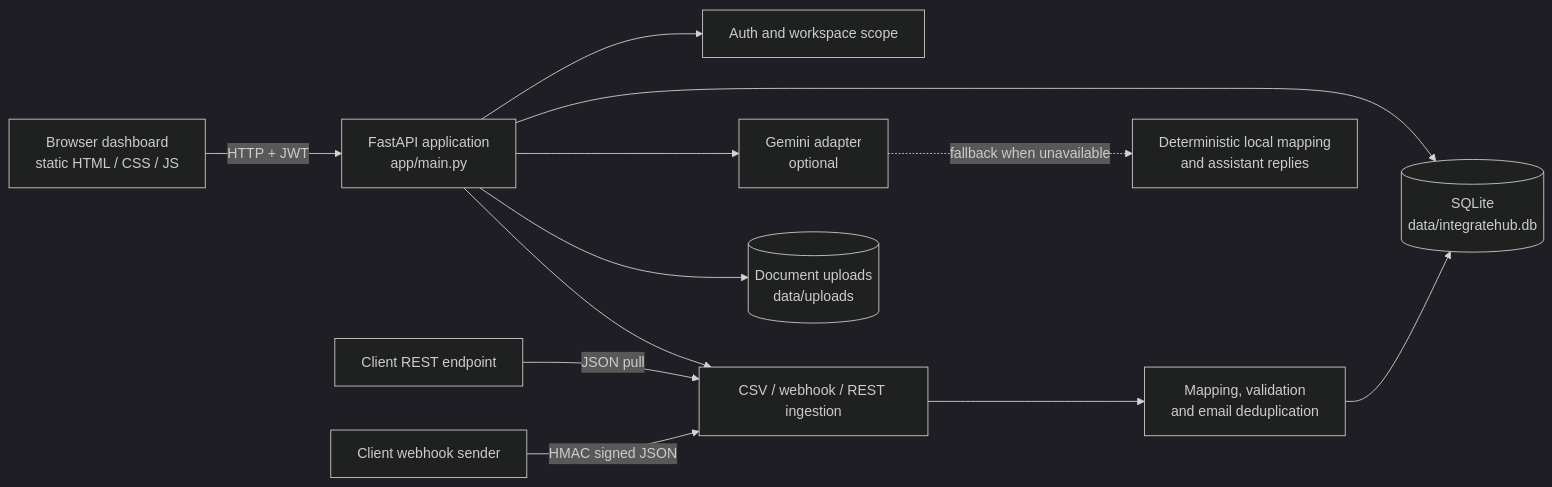
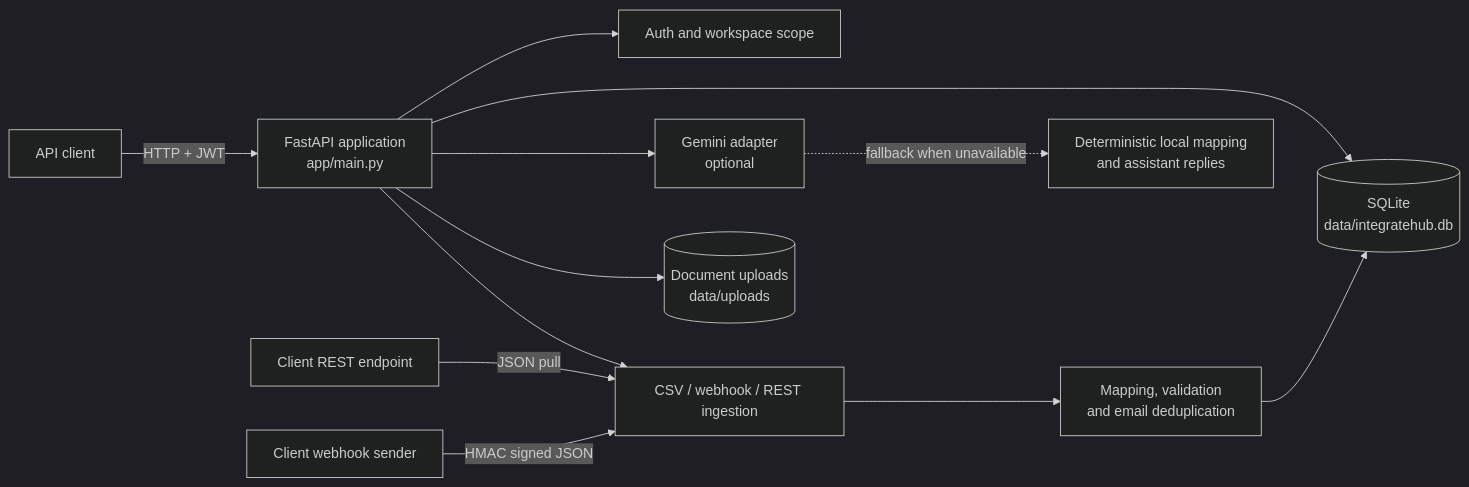
The diagram in README.md (veer-bajpai/Integrate.Hub-AI-Powered-Data-Integration-Platform), drawn with Mermaid (dark theme) before and after one commit. The commit also changed other lines of this file and 17 other files, not shown here.

````diff
--- a/README.md
+++ b/README.md
@@ -36,14 +36,14 @@
 ```mermaid
 flowchart LR
-	Browser[Browser dashboard\nstatic HTML / CSS / JS] -->|HTTP + JWT| API[FastAPI application\napp/main.py]
+	Client[API client] -->|HTTP + JWT| API[FastAPI application\napp/main.py]
 	API --> Auth[Auth and workspace scope]
 	API --> Ingest[CSV / webhook / REST ingestion]
 	API --> AI[Gemini adapter\noptional]
 	API --> DB[(SQLite\ndata/integratehub.db)]
 	API --> Files[(Document uploads\ndata/uploads)]
 	Ingest --> Normalize[Mapping, validation\nand email deduplication]
 	Normalize --> DB
 	REST[Client REST endpoint] -->|JSON pull| Ingest
 	Webhook[Client webhook sender] -->|HMAC signed JSON| Ingest
 	AI -.->|fallback when unavailable| Local[Deterministic local mapping\nand assistant replies]
 ```
````
